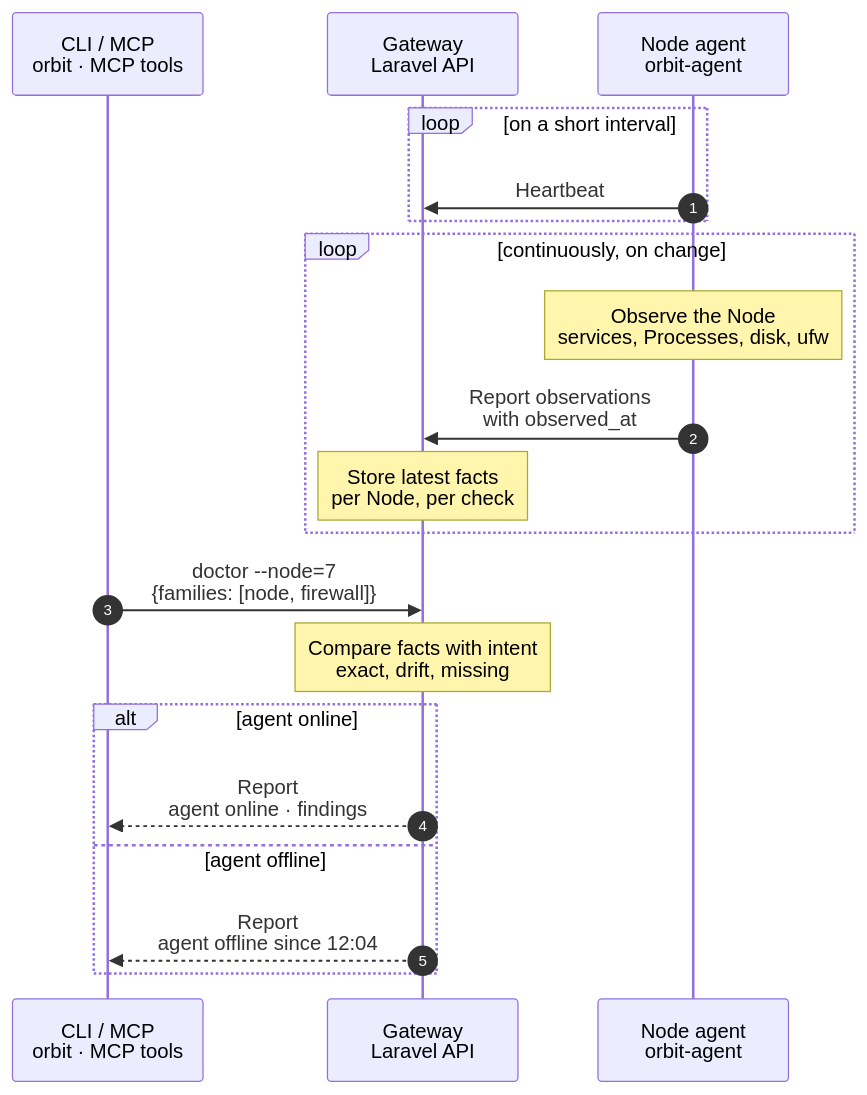
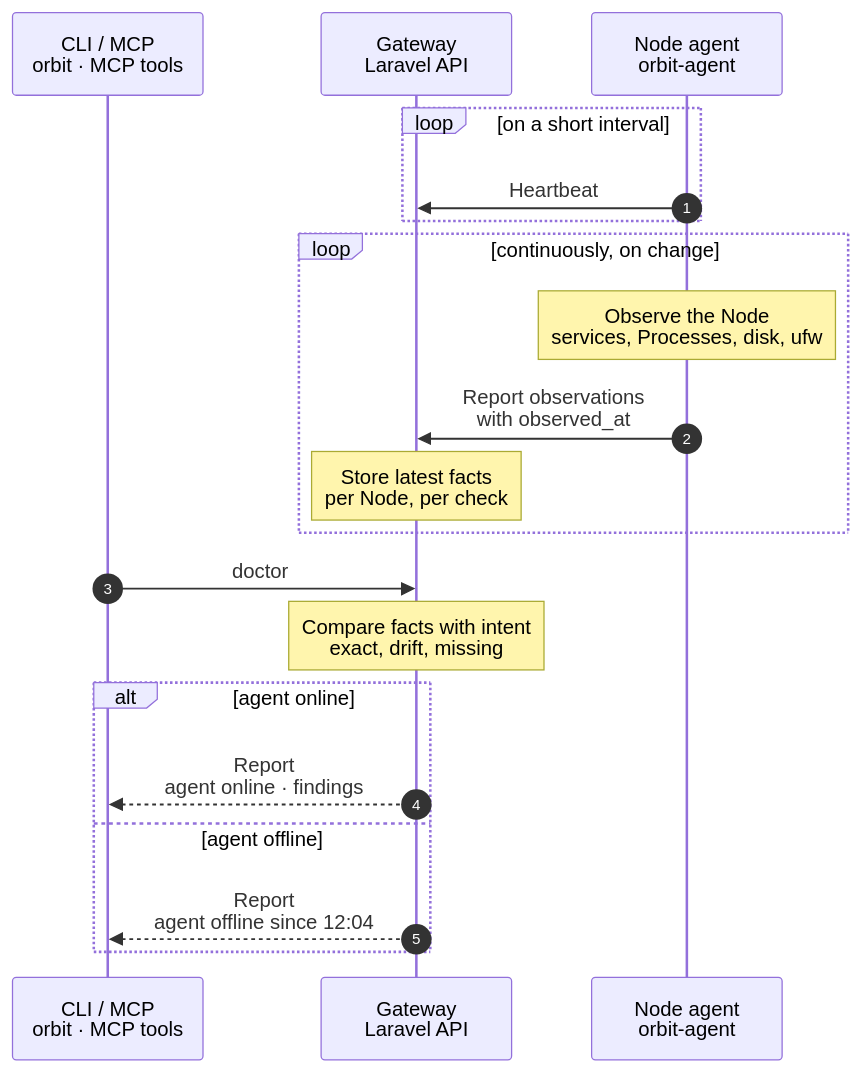
The diagram in docs/cli/doctor/doctor.mmd (hardimpactdev/orbit), drawn with Mermaid before and after one commit. The commit also changed 7 other files, not shown here.

Commit message:
docs(env,firewall,doctor,github): draw required parameters on the main path (flow rule 23)

```diff
--- a/docs/cli/doctor/doctor.mmd
+++ b/docs/cli/doctor/doctor.mmd
@@ -1,39 +1,44 @@
 sequenceDiagram
   %% Target design: Nick 2026-11-01, liveness 2026-11-02. Only the Node agent collects facts; doctor reads Gateway state. No Swamp run, no SSH (R1).
   %% status: reviewed
   %% command: doctor
   %% kind: doctor.inspect
   autonumber
   %% lane CLI icon=terminal pill=caller tone=gray
   %% lane GW icon=gateway pill=intent tone=blue
   %% lane A icon=server pill=observer tone=amber
   participant CLI as CLI / MCP<br/>orbit · MCP tools
   participant GW as Gateway<br/>Laravel API
   participant A as Node agent<br/>orbit-agent
   loop on a short interval
     A->>GW: Heartbeat
     %%> Result:
     %%> - the Gateway marks the Node online
     %%> - when heartbeats stop, it marks the Node offline, shown in the web dashboard and in node:list and node:show
   end
   loop continuously, on change
     Note over A: Observe the Node<br/>services, Processes, disk, ufw
     A->>GW: Report observations<br/>with observed_at
     Note over GW: Store latest facts<br/>per Node, per check
   end
-  CLI->>GW: doctor --node=7<br/>{families: [node, firewall]}
+  CLI->>GW: doctor
+  %%> Command:
+  %%> - `orbit doctor`
+  %%> - syntax: `doctor [--node=ID] [--family=FAMILY] [--json]`
+  %%> Input:
+  %%> - without filters, checks all accessible registered Nodes and all families
   Note over GW: Compare facts with intent<br/>exact, drift, missing
   %%> Doctor always answers from the Gateway's state:
   %%> - it never starts a run and never SSHes into the Node
   alt agent online
     GW-->>CLI: Report<br/>agent online · findings
     %%> Result:
     %%> - first line: agent online
     %%> - then the findings; exit 0 with no drift, 1 with drift
   else agent offline
     GW-->>CLI: Report<br/>agent offline since 12:04
     %%> Result:
     %%> - first line: agent offline since <time>
     %%> - the findings still show, each marked "possibly outdated, agent silent since <time>"
     %%> - a nudge to look at the Node agent first
   end
```
